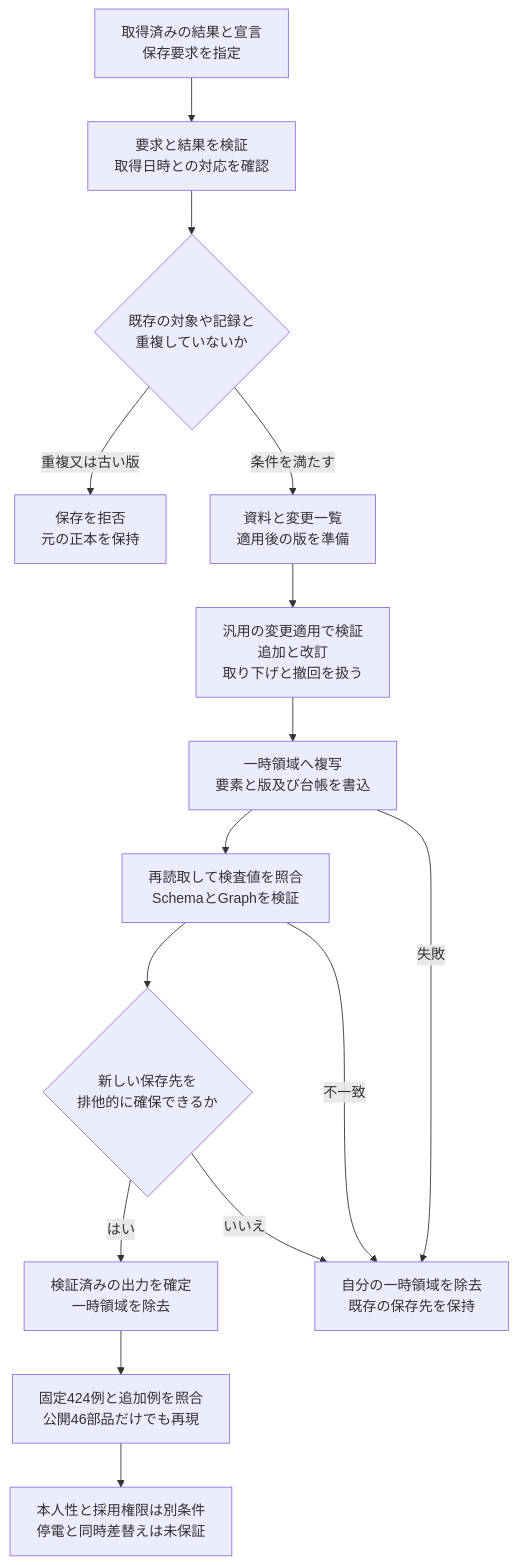
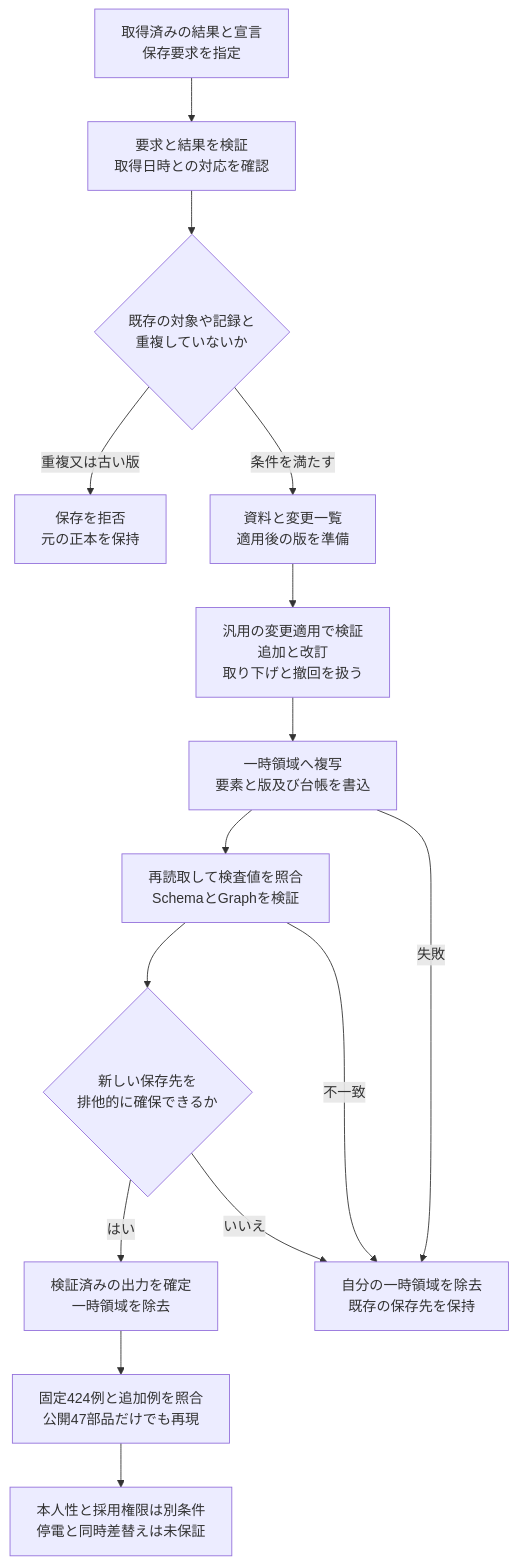
The diagram in docs/diagrams/python-import-snapshot-creation.mmd (koukemo/morivyx), drawn with Mermaid before and after one commit. The commit also changed 48 other files, not shown here.

```diff
--- a/docs/diagrams/python-import-snapshot-creation.mmd
+++ b/docs/diagrams/python-import-snapshot-creation.mmd
@@ -1,15 +1,15 @@
 flowchart TD
   A[取得済みの結果と宣言<br/>保存要求を指定] --> B[要求と結果を検証<br/>取得日時との対応を確認]
   B --> C{既存の対象や記録と<br/>重複していないか}
   C -->|重複又は古い版| D[保存を拒否<br/>元の正本を保持]
   C -->|条件を満たす| E[資料と変更一覧<br/>適用後の版を準備]
   E --> F[汎用の変更適用で検証<br/>追加と改訂<br/>取り下げと撤回を扱う]
   F --> G[一時領域へ複写<br/>要素と版及び台帳を書込]
   G --> H[再読取して検査値を照合<br/>SchemaとGraphを検証]
   H --> I{新しい保存先を<br/>排他的に確保できるか}
   I -->|はい| J[検証済みの出力を確定<br/>一時領域を除去]
   I -->|いいえ| K[自分の一時領域を除去<br/>既存の保存先を保持]
   G -->|失敗| K
   H -->|不一致| K
-  J --> L[固定424例と追加例を照合<br/>公開46部品だけでも再現]
+  J --> L[固定424例と追加例を照合<br/>公開47部品だけでも再現]
   L --> M[本人性と採用権限は別条件<br/>停電と同時差替えは未保証]
```
